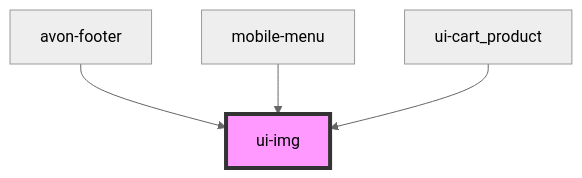
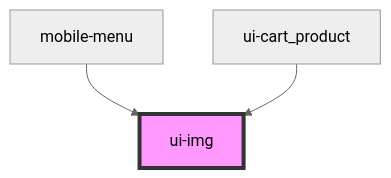
One commit to ankitghanekar-hcl/ui-shared-web-components changed the diagram in src/components/ui-img/readme.md. Above: the diagram before and after it, drawn with Mermaid (neutral theme). The commit also changed other lines of this file and 9 other files, not shown here.

````diff
--- a/src/components/ui-img/readme.md
+++ b/src/components/ui-img/readme.md
@@ -24,7 +23,6 @@
 ```mermaid
 graph TD;
-  avon-footer --> ui-img
   mobile-menu --> ui-img
   ui-cart_product --> ui-img
   style ui-img fill:#f9f,stroke:#333,stroke-width:4px
 ```
````
